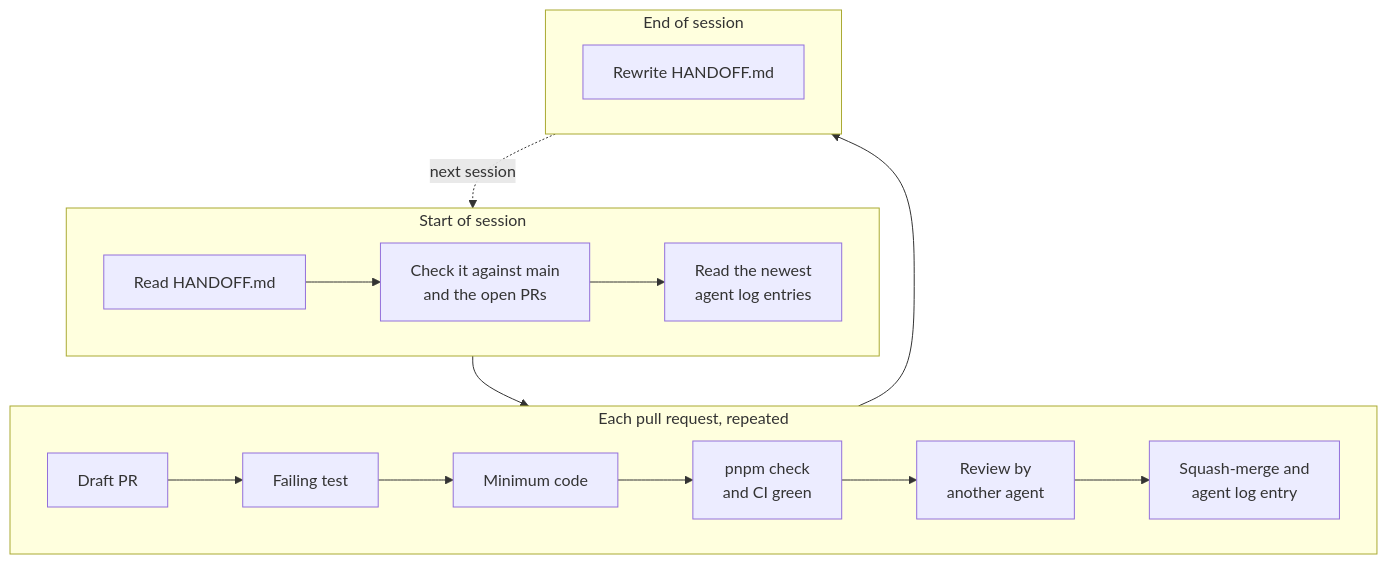
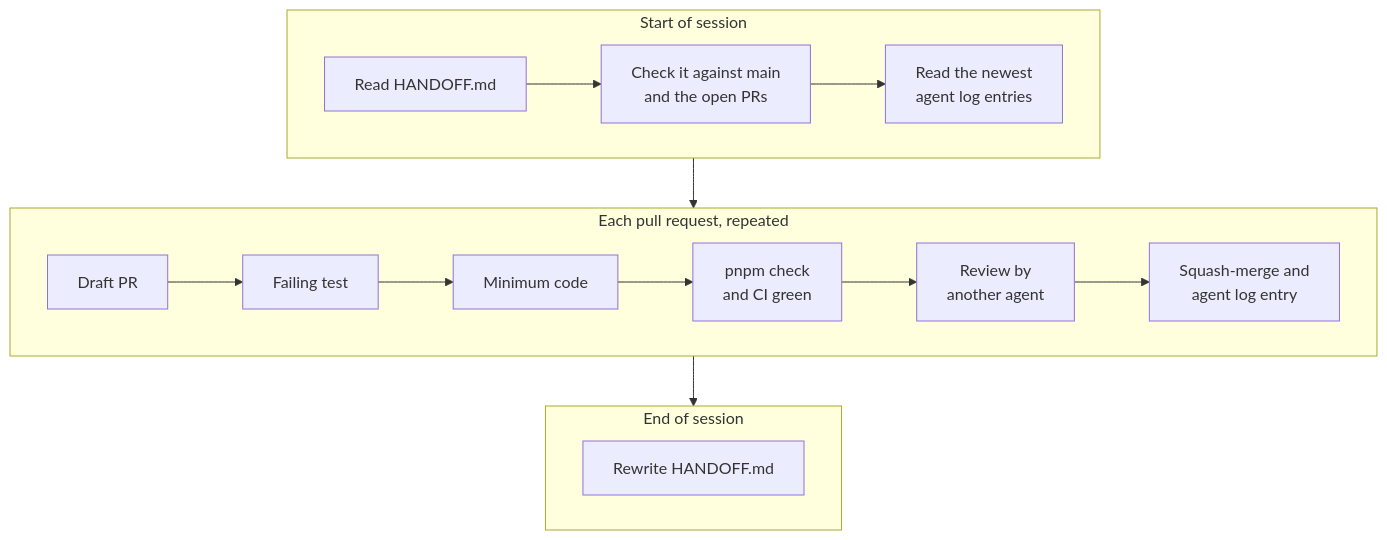
One commit to adam-riffi/portfolio-infra changed the first of 2 diagrams in README.md. Above: the diagram before and after it, drawn with Mermaid. The commit also changed other lines of this file, not shown here.

Commit message:
docs(readme): keep the workflow diagram top to bottom

````diff
--- a/README.md
+++ b/README.md
@@ -110,17 +110,16 @@
 ```mermaid
 flowchart TB
   subgraph start["Start of session"]
     direction LR
     a["Read HANDOFF.md"] --> b["Check it against main<br/>and the open PRs"] --> c["Read the newest<br/>agent log entries"]
   end
   subgraph each["Each pull request, repeated"]
     direction LR
     d["Draft PR"] --> e["Failing test"] --> f["Minimum code"] --> g["pnpm check<br/>and CI green"] --> h["Review by<br/>another agent"] --> i["Squash-merge and<br/>agent log entry"]
   end
   subgraph finish["End of session"]
     direction LR
     j["Rewrite HANDOFF.md"]
   end
   start --> each --> finish
-  finish -. next session .-> start
 ```
````
